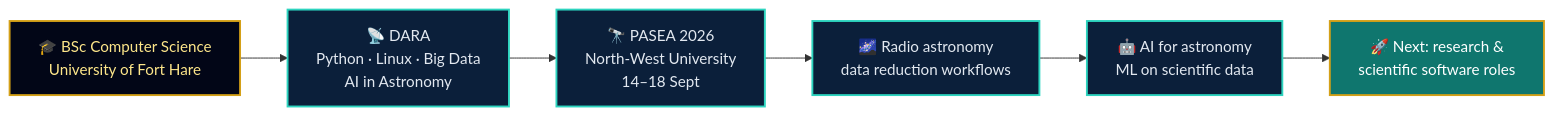
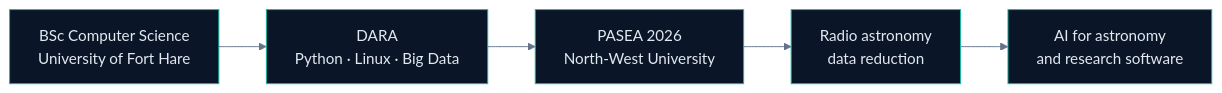
The first of 3 diagrams in README.md (LuthandoCandlovu/LuthandoCandlovu), drawn with Mermaid before and after one commit. The commit also changed other lines of this file, not shown here.

````diff
--- a/README.md
+++ b/README.md
@@ -355,15 +112,8 @@
 ```mermaid
+%%{init: {'theme':'base','themeVariables':{'primaryColor':'#0a1628','primaryTextColor':'#e2e8f0','primaryBorderColor':'#14b8a6','lineColor':'#64748b','fontFamily':'Inter, Segoe UI, sans-serif'}}}%%
 flowchart LR
-    A["🎓 BSc Computer Science<br/>University of Fort Hare"]:::start
-    B["📡 DARA<br/>Python · Linux · Big Data<br/>AI in Astronomy"]:::step
-    C["🔭 PASEA 2026<br/>North-West University<br/>14–18 Sept"]:::step
-    D["🌌 Radio astronomy<br/>data reduction workflows"]:::step
-    E["🤖 AI for astronomy<br/>ML on scientific data"]:::step
-    F["🚀 Next: research &<br/>scientific software roles"]:::goal
-
-    A --> B --> C --> D --> E --> F
-
-    classDef start fill:#020617,stroke:#d4a017,color:#fde68a,stroke-width:2px
-    classDef step fill:#0b1f3a,stroke:#2dd4bf,color:#e2e8f0,stroke-width:2px
-    classDef goal fill:#0f766e,stroke:#d4a017,color:#ffffff,stroke-width:2px
+    A["BSc Computer Science<br/>University of Fort Hare"] --> B["DARA<br/>Python · Linux · Big Data"]
+    B --> C["PASEA 2026<br/>North-West University"]
+    C --> D["Radio astronomy<br/>data reduction"]
+    D --> E["AI for astronomy<br/>and research software"]
 ```
````
